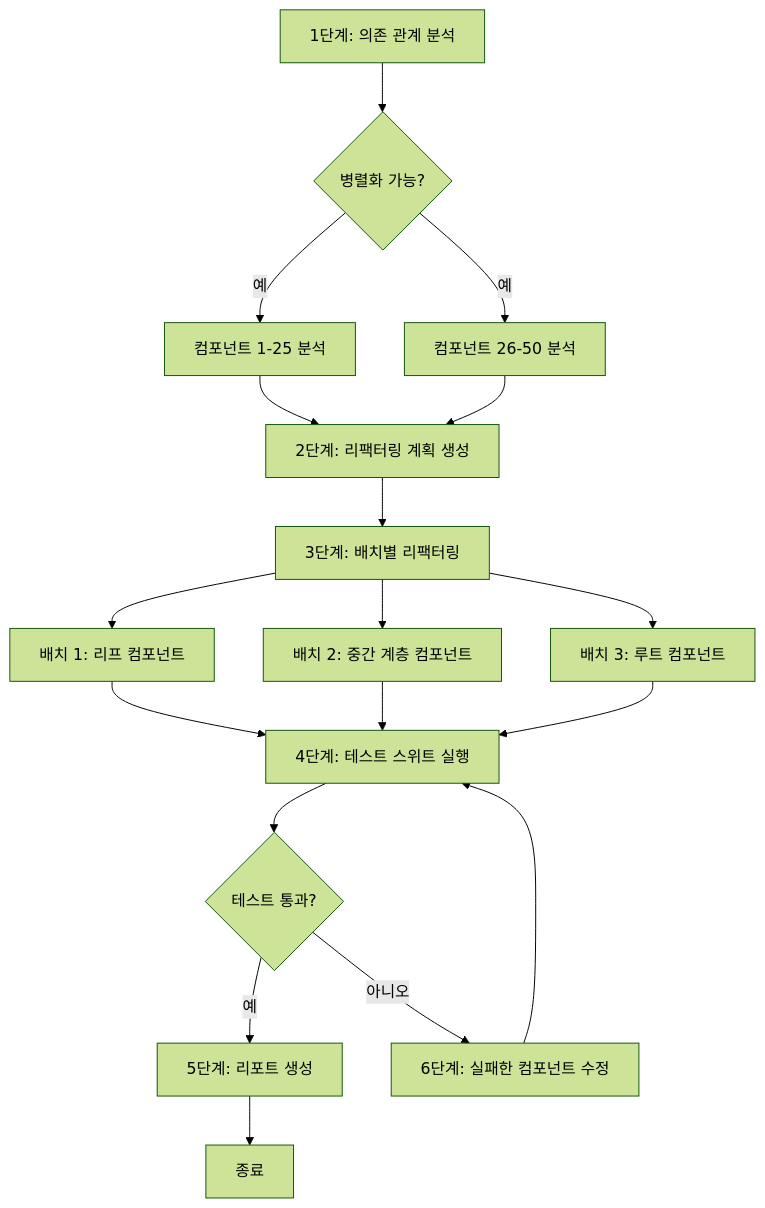
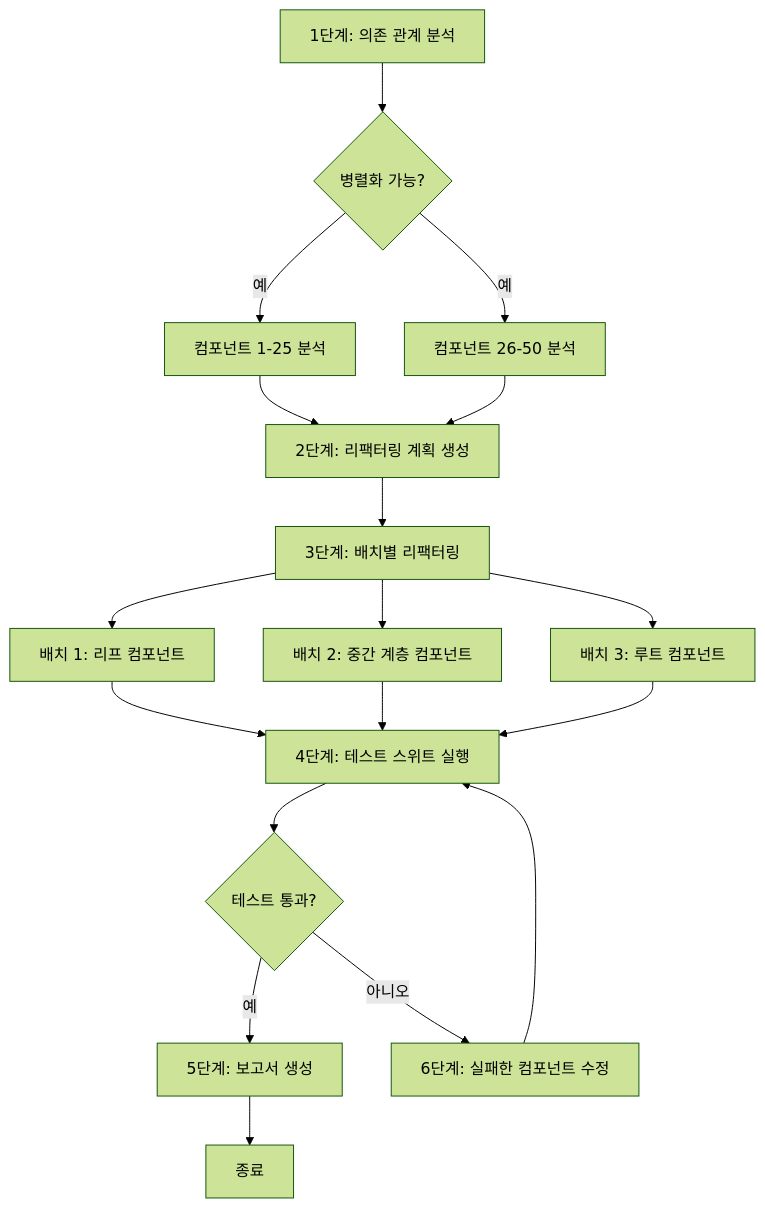
The diagram in courses/learn-agent-workflows/ko/06-real-world-workflows.md (fancydirty/learn-agent-engineering), drawn with Mermaid (forest theme) before and after one commit. The commit also changed other lines of this file and 13 other files, not shown here.

````diff
--- a/courses/learn-agent-workflows/ko/06-real-world-workflows.md
+++ b/courses/learn-agent-workflows/ko/06-real-world-workflows.md
@@ -41,20 +41,20 @@
 ```mermaid
 graph TD
     A[1단계: 의존 관계 분석] --> B{병렬화 가능?}
     B -->|예| C[컴포넌트 1-25 분석]
     B -->|예| D[컴포넌트 26-50 분석]
     C --> E[2단계: 리팩터링 계획 생성]
     D --> E
     E --> F[3단계: 배치별 리팩터링]
     F --> G[배치 1: 리프 컴포넌트]
     F --> H[배치 2: 중간 계층 컴포넌트]
     F --> I[배치 3: 루트 컴포넌트]
     G --> J[4단계: 테스트 스위트 실행]
     H --> J
     I --> J
     J --> K{테스트 통과?}
-    K -->|예| L[5단계: 리포트 생성]
+    K -->|예| L[5단계: 보고서 생성]
     K -->|아니오| M[6단계: 실패한 컴포넌트 수정]
     M --> J
     L --> N[종료]
 ```
````
